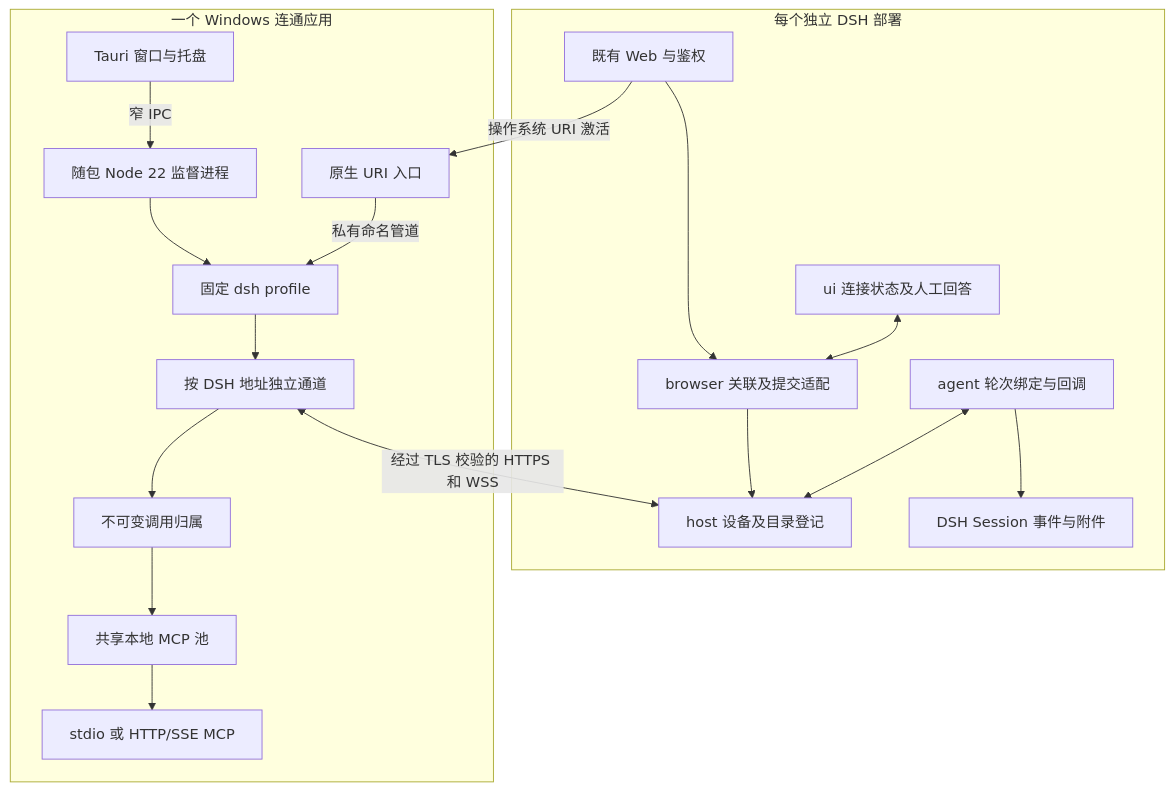
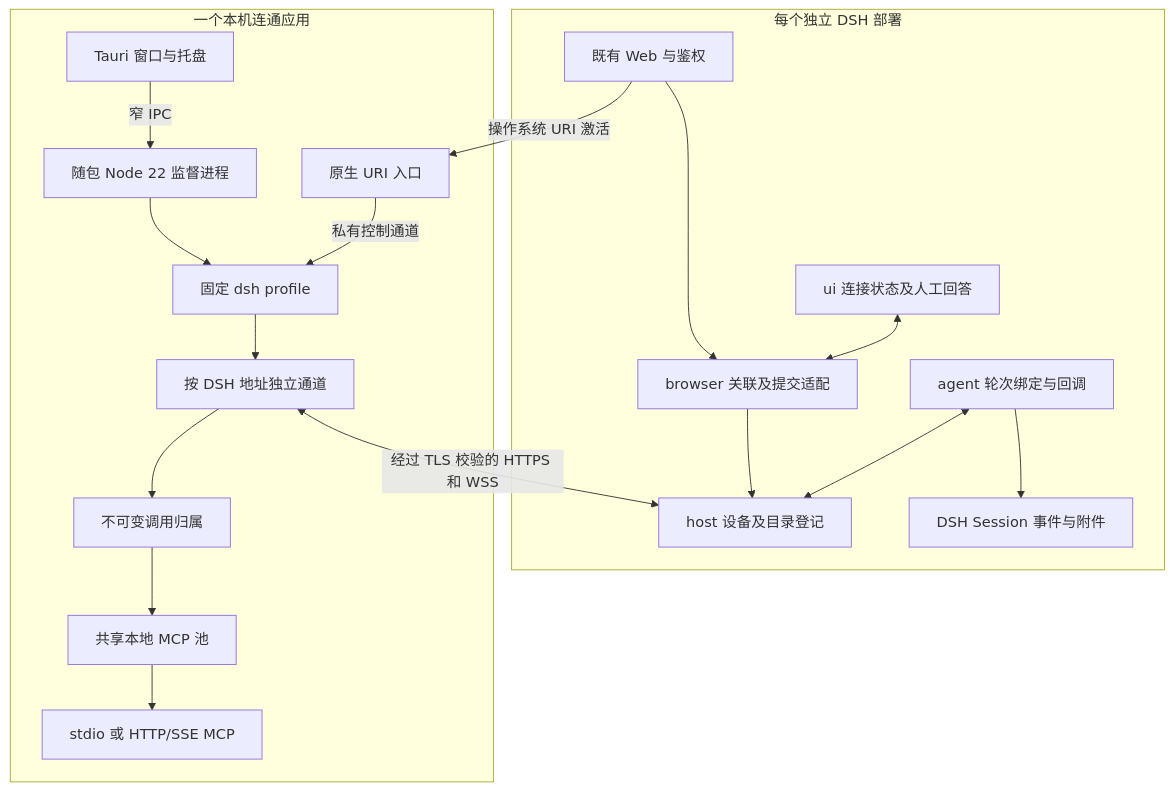
One commit to j-show/dsh-plugin-mcp-proxy changed the first of 2 diagrams in docs/design.md. Above: the diagram before and after it, drawn with Mermaid. The commit also changed other lines of this file and 35 other files, not shown here.

````diff
--- a/docs/design.md
+++ b/docs/design.md
@@ -7,21 +7,21 @@
 ```mermaid
 flowchart TB
   subgraph Remote[每个独立 DSH 部署]
     Web[既有 Web 与鉴权] --> Browser[browser 关联及提交适配]
     Browser --> Host[host 设备及目录登记]
     Agent[agent 轮次绑定与回调] <--> Host
     Agent --> Log[DSH Session 事件与附件]
     UI[ui 连接状态及人工回答] <--> Browser
   end
-  subgraph Desktop[一个 Windows 连通应用]
+  subgraph Desktop[一个本机连通应用]
     GUI[Tauri 窗口与托盘] -->|窄 IPC| Supervisor[随包 Node 22 监督进程]
     Supervisor --> Runtime[固定 dsh profile]
-    URI[原生 URI 入口] -->|私有命名管道| Runtime
+    URI[原生 URI 入口] -->|私有控制通道| Runtime
     Runtime --> Channels[按 DSH 地址独立通道]
     Channels --> Routes[不可变调用归属]
     Routes --> Pool[共享本地 MCP 池]
     Pool --> MCP[stdio 或 HTTP/SSE MCP]
   end
   Web -->|操作系统 URI 激活| URI
   Channels <-->|经过 TLS 校验的 HTTPS 和 WSS| Host
 ```
````
